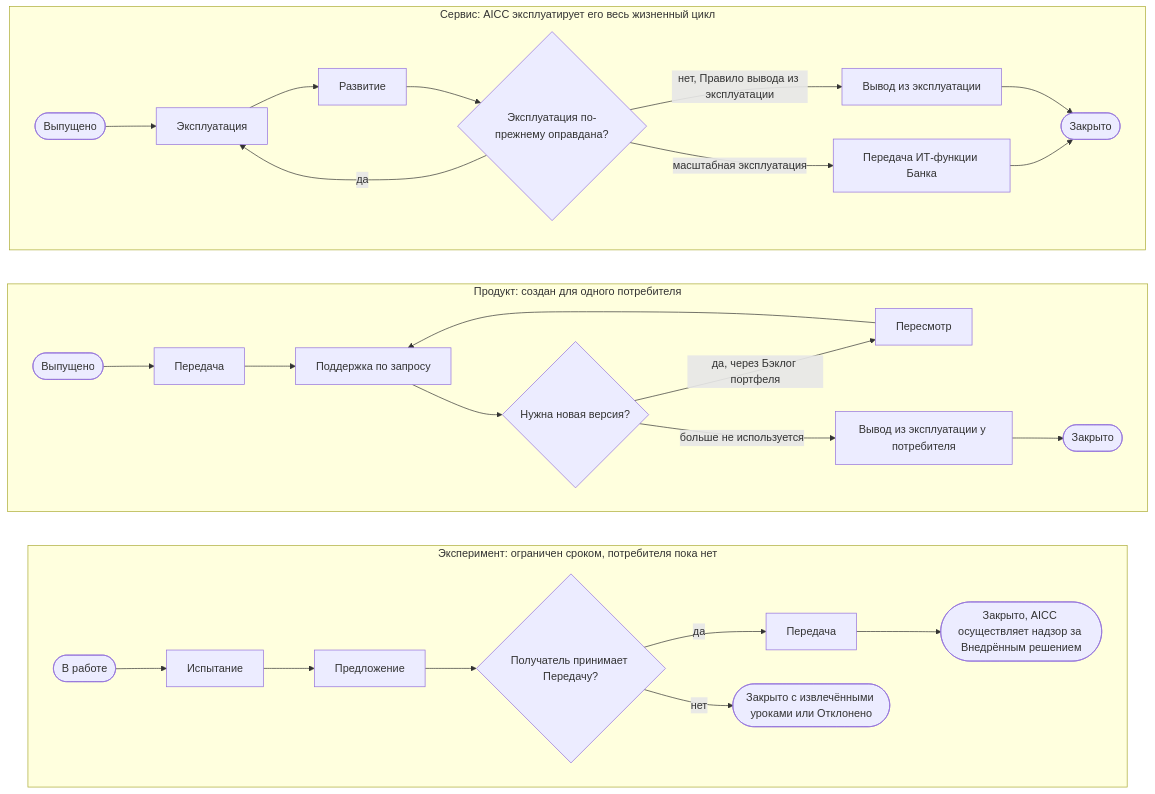
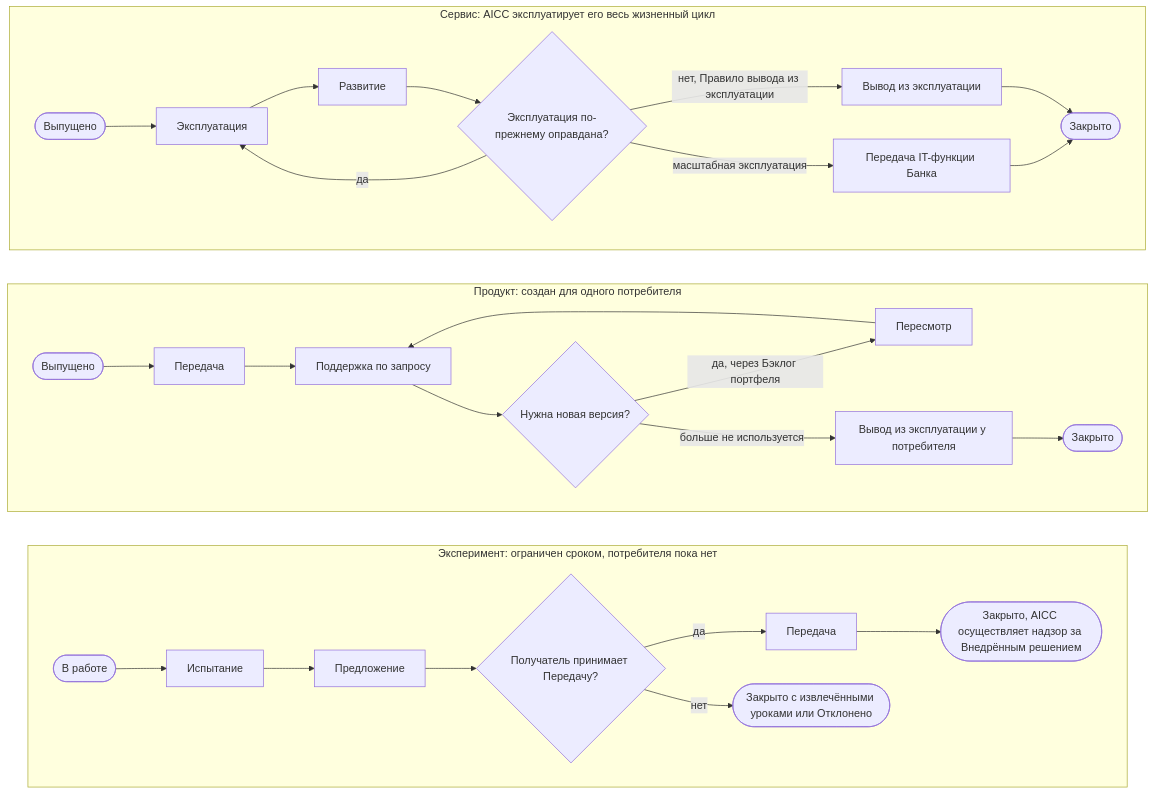
The ninth of 13 diagrams in charter/ru/documents/solution-lifecycle-model.md (devhogu/ob-aicc), drawn with Mermaid before and after one commit. The commit also changed other lines of this file and 768 other files, not shown here.

````diff
--- a/charter/ru/documents/solution-lifecycle-model.md
+++ b/charter/ru/documents/solution-lifecycle-model.md
@@ -390,24 +390,24 @@
 ```mermaid
 flowchart TB
   subgraph SERVICE["Сервис: AICC эксплуатирует его весь жизненный цикл"]
     direction LR
     V0(["Выпущено"]) --> V1["Эксплуатация"] --> V2["Развитие"] --> VC{"Эксплуатация по-прежнему оправдана?"}
     VC -->|да| V1
     VC -->|нет, Правило вывода из эксплуатации| V3["Вывод из эксплуатации"] --> V4(["Закрыто"])
-    VC -->|масштабная эксплуатация| V5["Передача ИТ-функции Банка"] --> V4
+    VC -->|масштабная эксплуатация| V5["Передача IT-функции Банка"] --> V4
   end
   subgraph PRODUCT["Продукт: создан для одного потребителя"]
     direction LR
     P0(["Выпущено"]) --> P1["Передача"] --> P2["Поддержка по запросу"] --> PC{"Нужна новая версия?"}
     PC -->|да, через Бэклог портфеля| P3["Пересмотр"] --> P2
     PC -->|больше не используется| P4["Вывод из эксплуатации у потребителя"] --> P5(["Закрыто"])
   end
   subgraph EXPERIMENT["Эксперимент: ограничен сроком, потребителя пока нет"]
     direction LR
     E0(["В работе"]) --> E1["Испытание"] --> E2["Предложение"] --> EC{"Получатель принимает Передачу?"}
     EC -->|да| E3["Передача"] --> E4(["Закрыто, AICC осуществляет надзор за Внедрённым решением"])
     EC -->|нет| E5(["Закрыто с извлечёнными уроками или Отклонено"])
   end
   SERVICE ~~~ PRODUCT
   PRODUCT ~~~ EXPERIMENT
 ```
````
